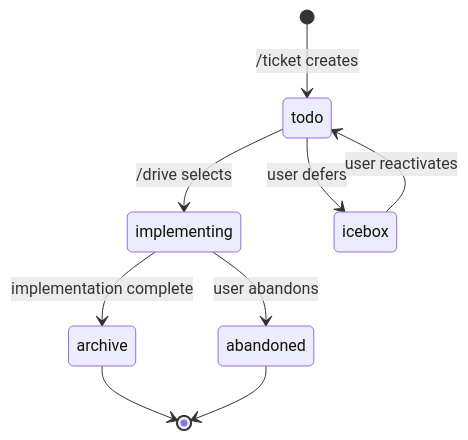
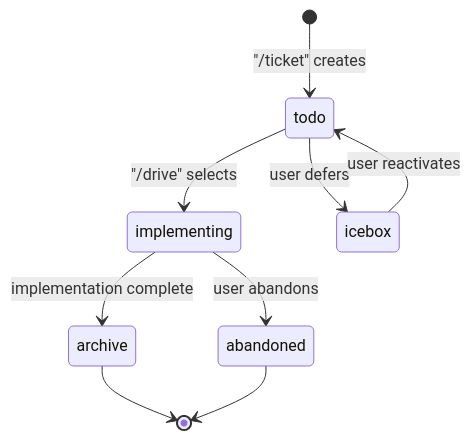
Before and after one commit to qmu/workaholic: the first of 4 diagrams in .workaholic/specs/model.md, drawn with Mermaid. The commit also changed other lines of this file and 36 other files, not shown here.

````diff
--- a/.workaholic/specs/model.md
+++ b/.workaholic/specs/model.md
@@ -25,11 +25,11 @@
 ```mermaid
 stateDiagram-v2
-    [*] --> todo: /ticket creates
-    todo --> implementing: /drive selects
+    [*] --> todo: "/ticket" creates
+    todo --> implementing: "/drive" selects
     implementing --> archive: implementation complete
     implementing --> abandoned: user abandons
     todo --> icebox: user defers
     icebox --> todo: user reactivates
     archive --> [*]
     abandoned --> [*]
 ```
````
